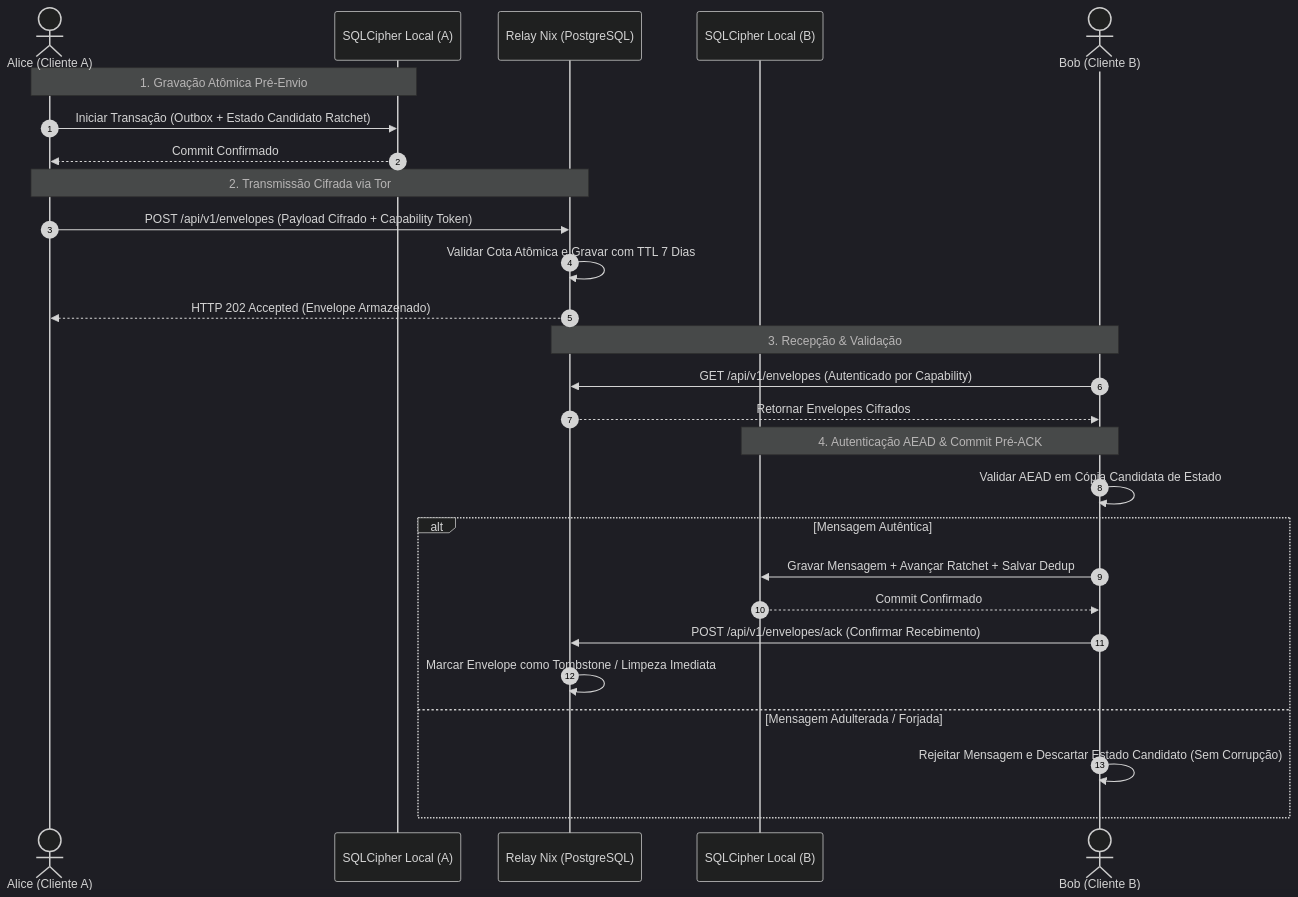
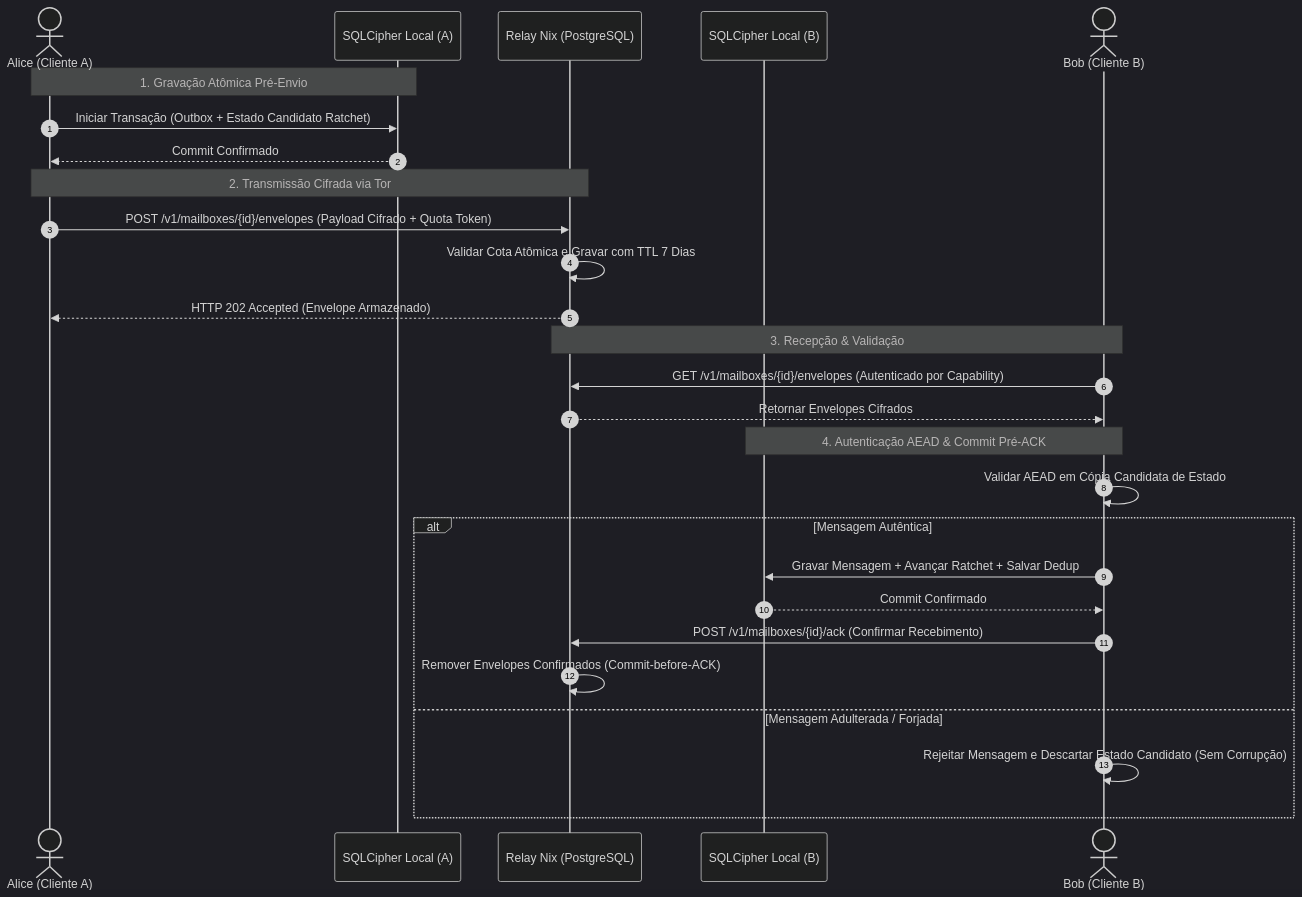
The third of 4 diagrams in README.md (foros049695/nix), drawn with Mermaid (dark theme) before and after one commit. The commit also changed other lines of this file and 40 other files, not shown here.

````diff
--- a/README.md
+++ b/README.md
@@ -123,33 +123,33 @@
 ```mermaid
 sequenceDiagram
   autonumber
   actor Alice as Alice (Cliente A)
   participant DB_A as SQLCipher Local (A)
   participant Relay as Relay Nix (PostgreSQL)
   participant DB_B as SQLCipher Local (B)
   actor Bob as Bob (Cliente B)
 
   Note over Alice,DB_A: 1. Gravação Atômica Pré-Envio
   Alice->>DB_A: Iniciar Transação (Outbox + Estado Candidato Ratchet)
   DB_A-->>Alice: Commit Confirmado
   
   Note over Alice,Relay: 2. Transmissão Cifrada via Tor
-  Alice->>Relay: POST /api/v1/envelopes (Payload Cifrado + Capability Token)
+  Alice->>Relay: POST /v1/mailboxes/{id}/envelopes (Payload Cifrado + Quota Token)
   Relay->>Relay: Validar Cota Atômica e Gravar com TTL 7 Dias
   Relay-->>Alice: HTTP 202 Accepted (Envelope Armazenado)
   
   Note over Bob,Relay: 3. Recepção & Validação
-  Bob->>Relay: GET /api/v1/envelopes (Autenticado por Capability)
+  Bob->>Relay: GET /v1/mailboxes/{id}/envelopes (Autenticado por Capability)
   Relay-->>Bob: Retornar Envelopes Cifrados
   
   Note over Bob,DB_B: 4. Autenticação AEAD & Commit Pré-ACK
   Bob->>Bob: Validar AEAD em Cópia Candidata de Estado
   alt Mensagem Autêntica
     Bob->>DB_B: Gravar Mensagem + Avançar Ratchet + Salvar Dedup
     DB_B-->>Bob: Commit Confirmado
-    Bob->>Relay: POST /api/v1/envelopes/ack (Confirmar Recebimento)
-    Relay->>Relay: Marcar Envelope como Tombstone / Limpeza Imediata
+    Bob->>Relay: POST /v1/mailboxes/{id}/ack (Confirmar Recebimento)
+    Relay->>Relay: Remover Envelopes Confirmados (Commit-before-ACK)
   else Mensagem Adulterada / Forjada
     Bob->>Bob: Rejeitar Mensagem e Descartar Estado Candidato (Sem Corrupção)
   end
 ```
````
